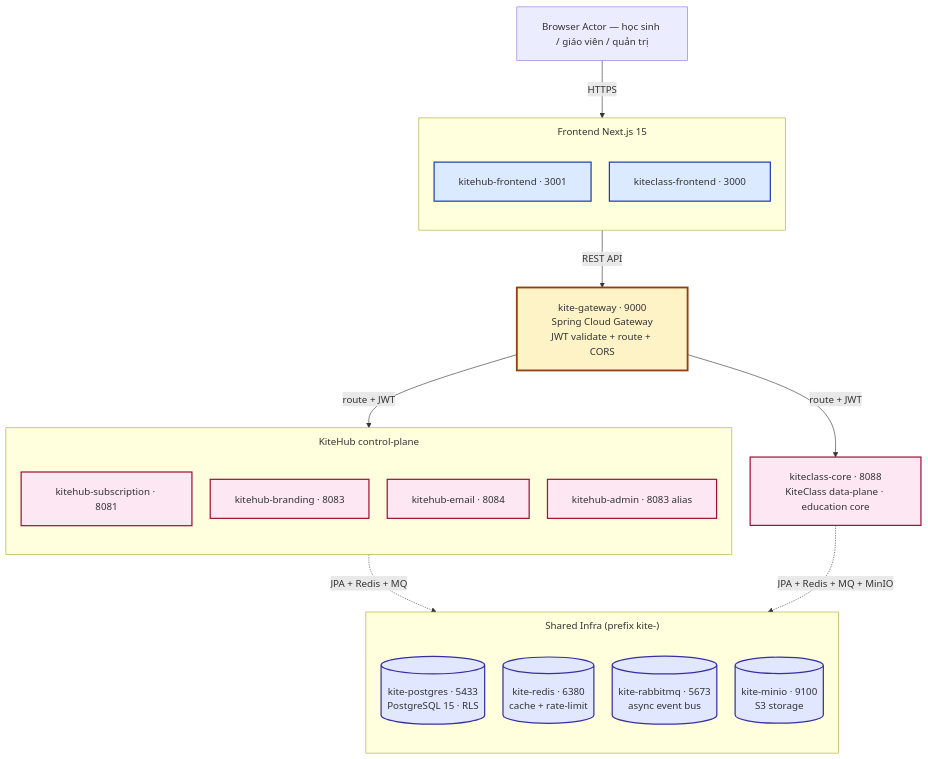
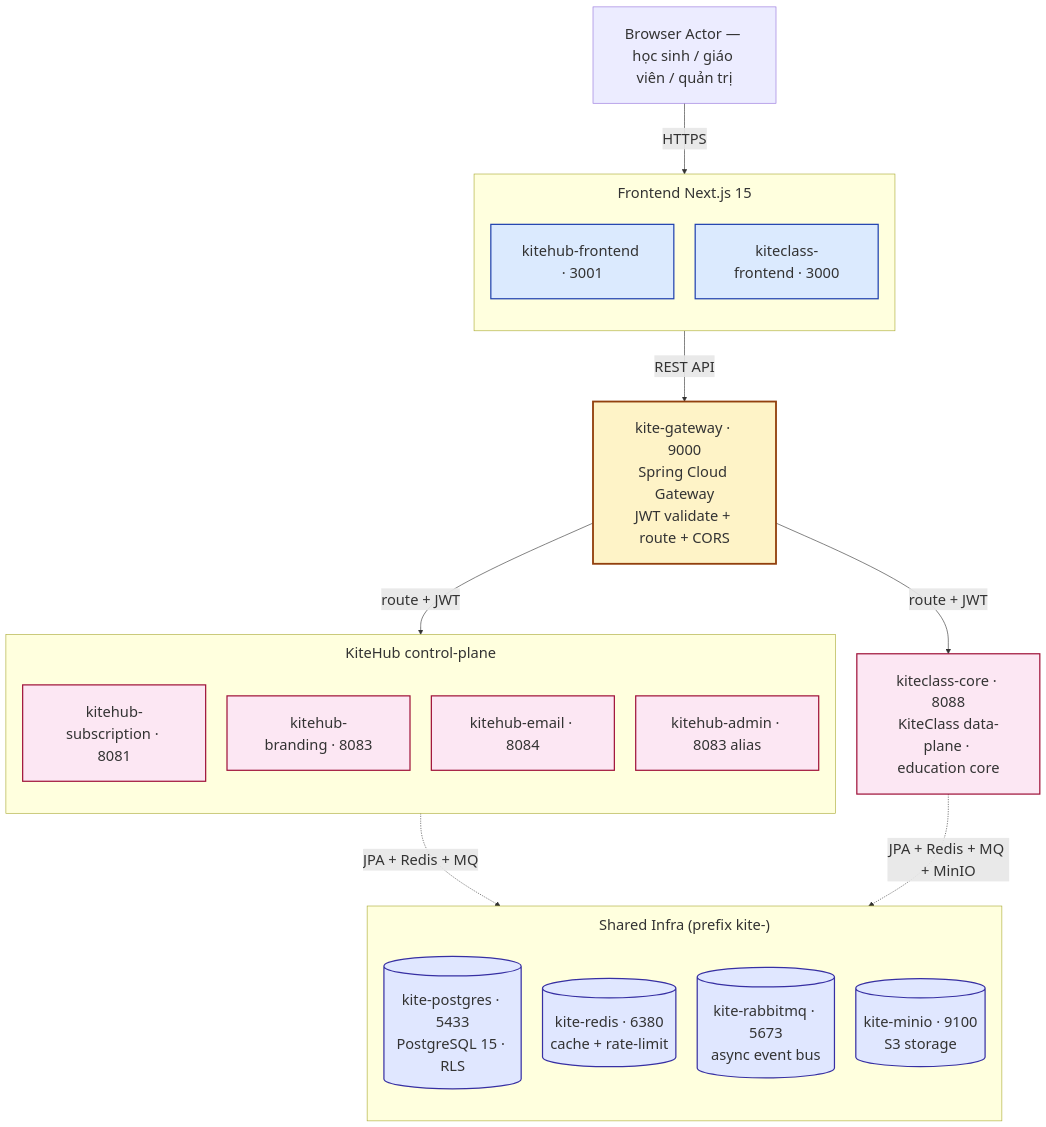
The second of 8 diagrams in documents/08-thesis/chapter-2-system-architecture.md (VictorAurelius/2026-Kite-Class-Platform), drawn with Mermaid before and after one commit. The commit also changed 2 other files, not shown here.

First paragraph of the commit message:
fix(thesis+skill): Hình 2.2 fontSize 16→24px + skill scale-down note
User-flagged: 'chữ vẫn quá nhỏ' (Round 2.8 fontSize 16px still small post-scale-down)

````diff
--- a/documents/08-thesis/chapter-2-system-architecture.md
+++ b/documents/08-thesis/chapter-2-system-architecture.md
@@ -251,47 +251,47 @@
 ```mermaid
-%%{init: {"flowchart": {"htmlLabels": true, "nodeSpacing": 30, "rankSpacing": 70, "padding": 20, "subGraphTitleMargin": {"top": 10, "bottom": 15}}, "themeVariables": {"fontSize": "16px"}}}%%
+%%{init: {"flowchart": {"htmlLabels": true, "nodeSpacing": 35, "rankSpacing": 80, "padding": 25, "subGraphTitleMargin": {"top": 12, "bottom": 18}}, "themeVariables": {"fontSize": "24px"}}}%%
 flowchart TB
     User[Browser Actor — học sinh / giáo viên / quản trị]
 
     subgraph FrontendCluster["Frontend Next.js 15"]
         direction TB
         KHF[kitehub-frontend · 3001]
         KCF[kiteclass-frontend · 3000]
     end
 
     GW[kite-gateway · 9000<br/>Spring Cloud Gateway<br/>JWT validate + route + CORS]
 
     subgraph ServiceClusterTop["KiteHub control-plane"]
         direction TB
         KHS[kitehub-subscription · 8081]
         KHB[kitehub-branding · 8083]
         KHE[kitehub-email · 8084]
         KHA[kitehub-admin · 8083 alias]
     end
 
     KCC[kiteclass-core · 8088<br/>KiteClass data-plane · education core]
 
     subgraph InfraCluster["Shared Infra (prefix kite-)"]
         direction TB
         PG[(kite-postgres · 5433<br/>PostgreSQL 15 · RLS)]
         RD[(kite-redis · 6380<br/>cache + rate-limit)]
         MQ[(kite-rabbitmq · 5673<br/>async event bus)]
         MN[(kite-minio · 9100<br/>S3 storage)]
     end
 
     User -->|HTTPS| FrontendCluster
     FrontendCluster -->|REST API| GW
     GW -->|route + JWT| ServiceClusterTop
     GW -->|route + JWT| KCC
     ServiceClusterTop -.->|JPA + Redis + MQ| InfraCluster
     KCC -.->|JPA + Redis + MQ + MinIO| InfraCluster
 
     classDef frontend fill:#dbeafe,stroke:#1e40af,stroke-width:2px
     classDef gateway fill:#fef3c7,stroke:#92400e,stroke-width:3px
     classDef service fill:#fce7f3,stroke:#9f1239,stroke-width:2px
     classDef infra fill:#e0e7ff,stroke:#3730a3,stroke-width:2px
     class KHF,KCF frontend
     class GW gateway
     class KHS,KHB,KHE,KHA,KCC service
     class PG,RD,MQ,MN infra
 ```
````
